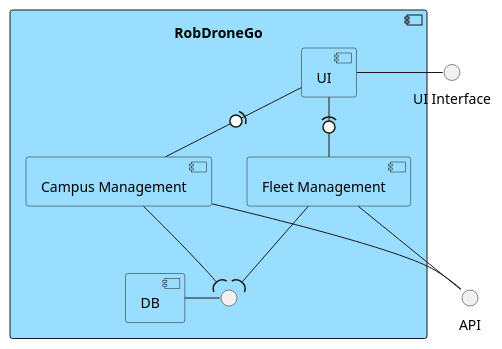
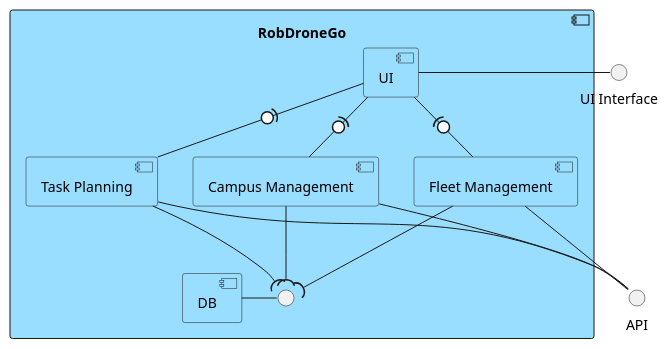
One commit to winqus/RobDroneGo changed the diagram in docs/diagrams/level2/Logical View lv2.puml. Above: the diagram before and after it, drawn with PlantUML.

Commit message:
Update logical view lv2

```diff
--- a/docs/diagrams/level2/Logical View lv2.puml
+++ b/docs/diagrams/level2/Logical View lv2.puml
@@ -1,28 +1,32 @@
 @startuml Logical View Lv2
 
 <style>
 component {
     BackgroundColor #99ddff
 }
 </style>
 
 interface API
 interface "UI Interface" as UI_int
 component RobDroneGo {
     component UI
     component "Campus Management" as campus
     component "Fleet Management" as fleet
+    component "Task Planning" as planning
     component "DB" as DB
     interface " " as DBinter
     UI -(0- fleet
     UI -(0- campus
+    UI -(0- planning
     DB - DBinter
     fleet --( DBinter
     campus --( DBinter
+    planning --( DBinter
 }
 UI - UI_int
 fleet -- API
 campus -- API
+planning -- API
 
 
 @enduml
```
